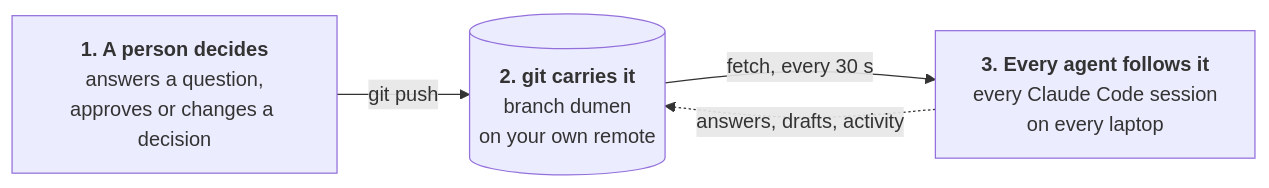
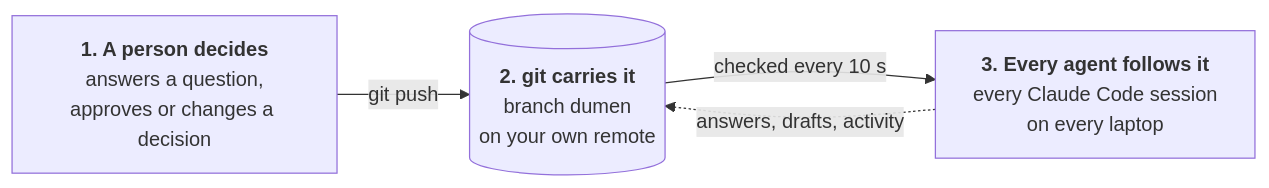
One commit to nurettincoban/dumen changed the diagram in README.md. Above: the diagram before and after it, drawn with Mermaid. The commit also changed other lines of this file and 19 other files, not shown here.

````diff
--- a/README.md
+++ b/README.md
@@ -108,9 +137,9 @@
 ```mermaid
 flowchart LR
     H["<b>1. A person decides</b><br/>answers a question,<br/>approves or changes a decision"]
     S[("<b>2. git carries it</b><br/>branch dumen<br/>on your own remote")]
     A["<b>3. Every agent follows it</b><br/>every Claude Code session<br/>on every laptop"]
     H -- "git push" --> S
-    S -- "fetch, every 30 s" --> A
+    S -- "checked every 10 s" --> A
     A -. "answers, drafts, activity" .-> S
 ```
````
